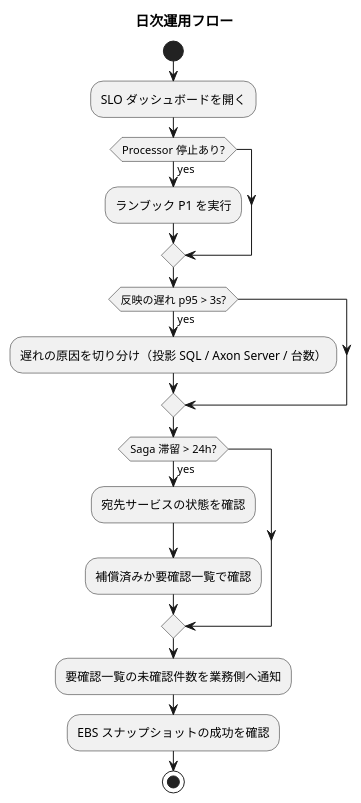
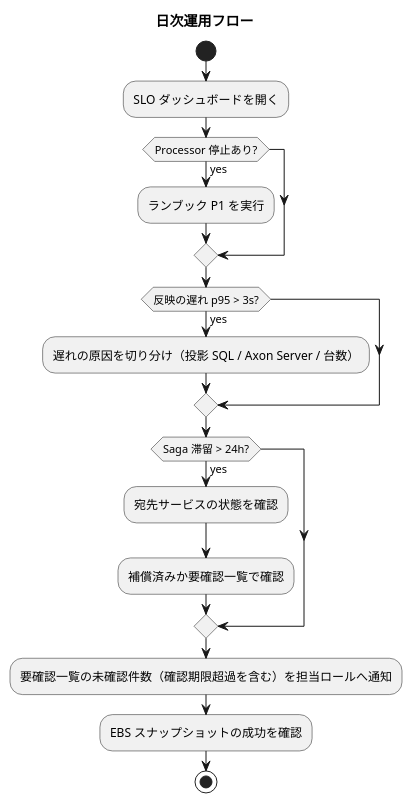
One commit to k2works/case-study-cargo-tracker changed the diagram in docs/design/cargo-tracker/operation.md. Above: the diagram before and after it, drawn with PlantUML. The commit also changed other lines of this file and 18 other files, not shown here.

````diff
--- a/docs/design/cargo-tracker/operation.md
+++ b/docs/design/cargo-tracker/operation.md
@@ -49,20 +49,20 @@
 ```plantuml
 @startuml
 title 日次運用フロー
 start
 :SLO ダッシュボードを開く;
 if (Processor 停止あり?) then (yes)
   :ランブック P1 を実行;
 endif
 if (反映の遅れ p95 > 3s?) then (yes)
   :遅れの原因を切り分け（投影 SQL / Axon Server / 台数）;
 endif
 if (Saga 滞留 > 24h?) then (yes)
   :宛先サービスの状態を確認;
   :補償済みか要確認一覧で確認;
 endif
-:要確認一覧の未確認件数を業務側へ通知;
+:要確認一覧の未確認件数（確認期限超過を含む）を担当ロールへ通知;
 :EBS スナップショットの成功を確認;
 stop
 @enduml
 ```
````
